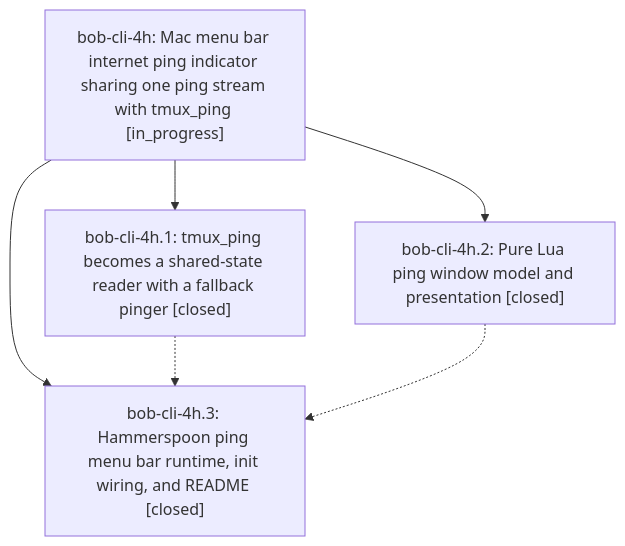
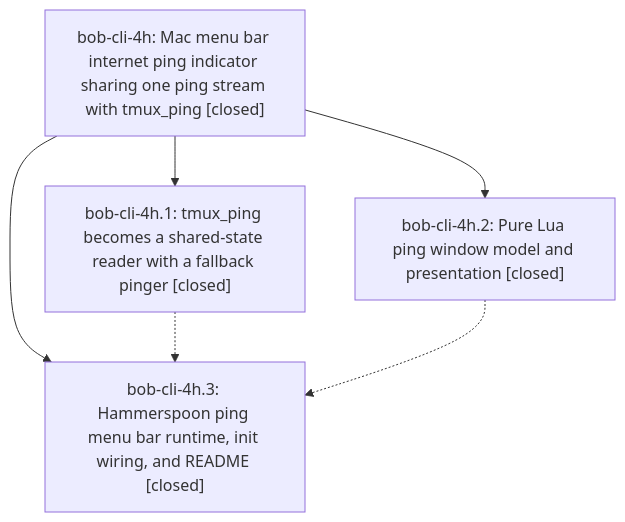
One commit to bobs-org/bob-cli--beads changed the diagram in pages/bob-cli-4h/README.md. Above: the diagram before and after it, drawn with Mermaid. The commit also changed other lines of this file, not shown here.

First line of the commit message:
chore(beads): sync bead state and pages for bob-cli-4h

````diff
--- a/pages/bob-cli-4h/README.md
+++ b/pages/bob-cli-4h/README.md
@@ -24,12 +41,12 @@
 ```mermaid
 flowchart TD
-    n0["bob-cli-4h: Mac menu bar internet ping indicator sharing one ping stream with tmux_ping [in_progress]"]
+    n0["bob-cli-4h: Mac menu bar internet ping indicator sharing one ping stream with tmux_ping [closed]"]
     n1["bob-cli-4h.1: tmux_ping becomes a shared-state reader with a fallback pinger [closed]"]
     n2["bob-cli-4h.2: Pure Lua ping window model and presentation [closed]"]
     n3["bob-cli-4h.3: Hammerspoon ping menu bar runtime, init wiring, and README [closed]"]
     n0 --> n1
     n0 --> n2
     n0 --> n3
     n1 -.-> n3
     n2 -.-> n3
 ```
````
